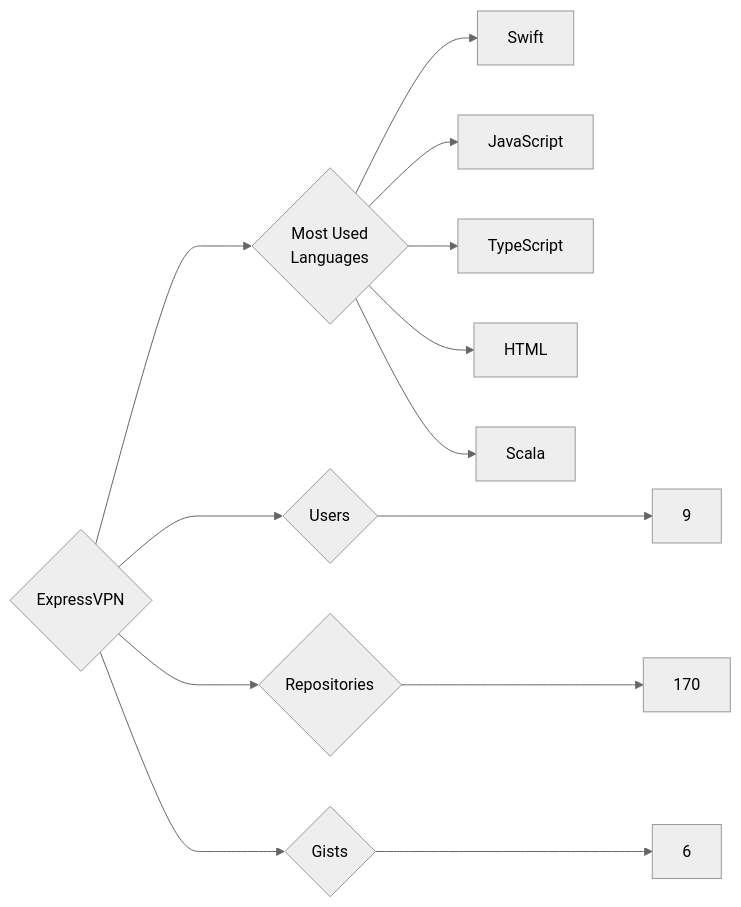
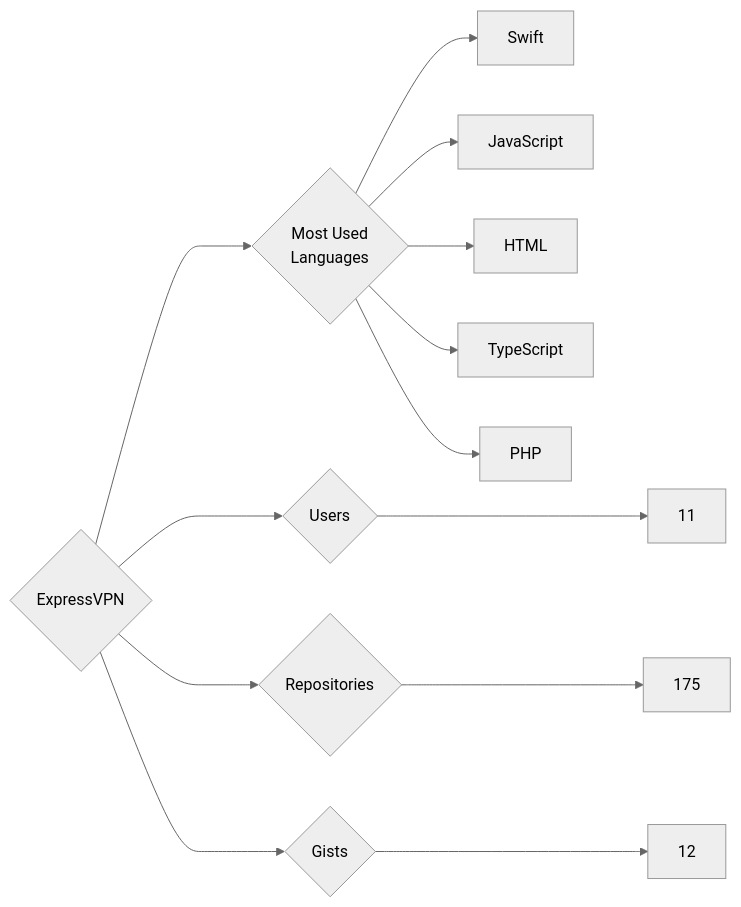
The diagram in targets/ExpressVPN/README.md (trickest/insiders), drawn with Mermaid (neutral theme) before and after one commit. The commit also changed 934 other files, not shown here.

````diff
--- a/targets/ExpressVPN/README.md
+++ b/targets/ExpressVPN/README.md
@@ -3,13 +3,13 @@
 ```mermaid
 graph LR
 COMPANY_NAME{ExpressVPN}
-COMPANY_NAME ---> U{Users} ---> UN[9]
-COMPANY_NAME ---> R{Repositories} ---> RN[170]
-COMPANY_NAME ---> G{Gists} ---> GN[6]
+COMPANY_NAME ---> U{Users} ---> UN[11]
+COMPANY_NAME ---> R{Repositories} ---> RN[175]
+COMPANY_NAME ---> G{Gists} ---> GN[12]
 COMPANY_NAME ---> ML{Most Used<br>Languages}
 ML --> Swift[Swift]
 ML --> JavaScript[JavaScript]
+ML --> HTML[HTML]
 ML --> TypeScript[TypeScript]
-ML --> HTML[HTML]
-ML --> Scala[Scala]
+ML --> PHP[PHP]
 ```
````
